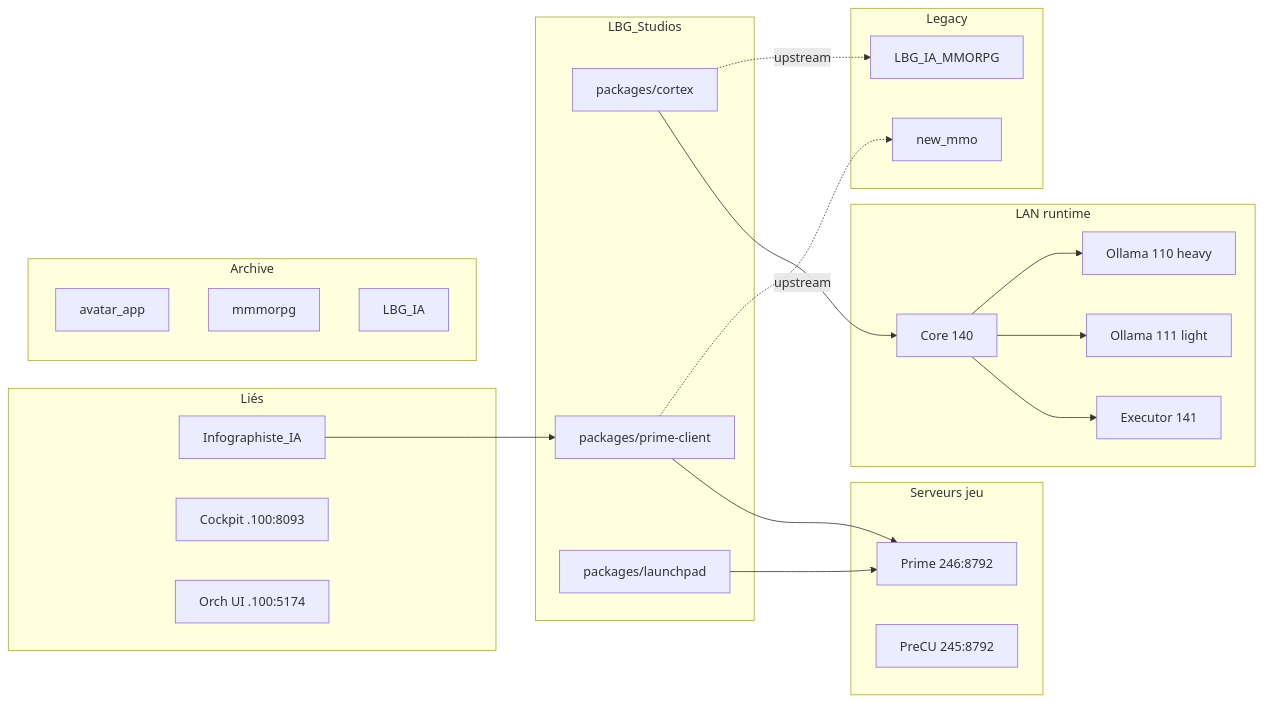
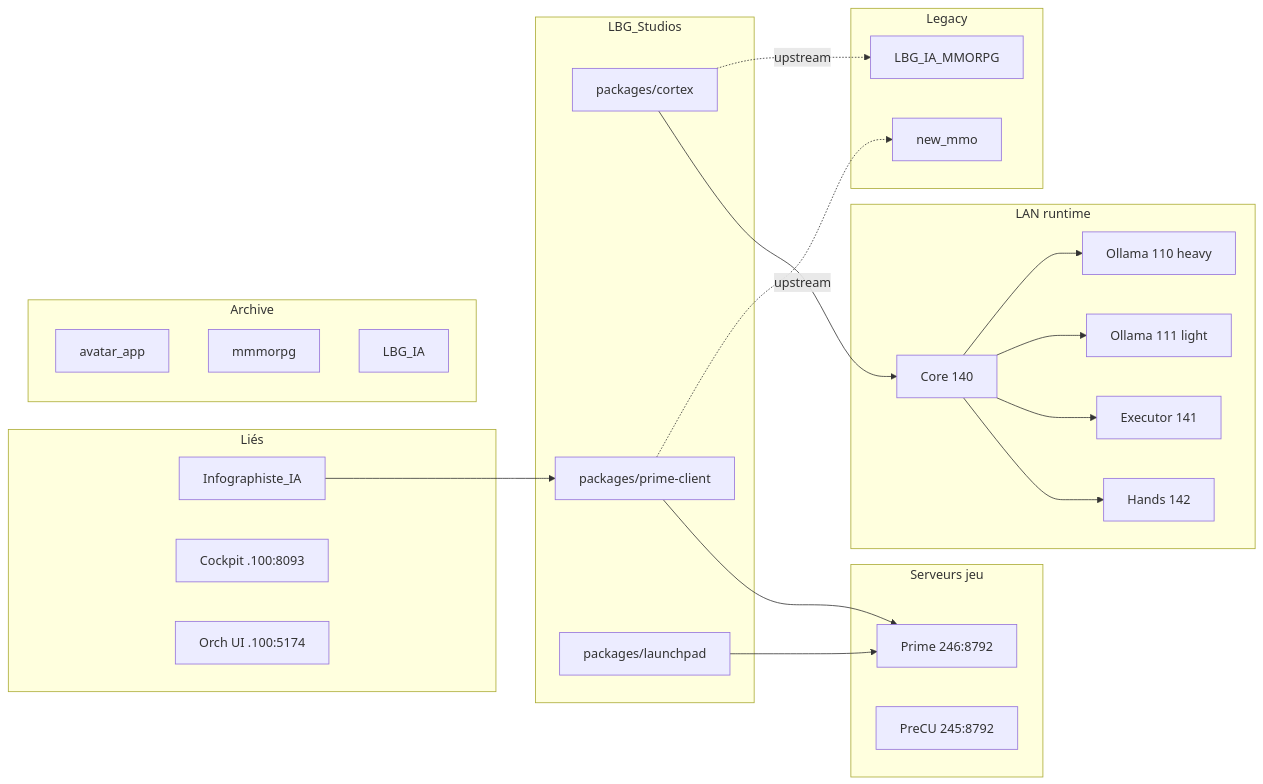
Before and after one commit to Teome0245/LBG_Studios: the diagram in docs/REGISTRE.md, drawn with Mermaid. The commit also changed other lines of this file and 61 other files, not shown here.

````diff
--- a/docs/REGISTRE.md
+++ b/docs/REGISTRE.md
@@ -107,41 +109,43 @@
 ```mermaid
 flowchart LR
   subgraph studios["LBG_Studios"]
     CX["packages/cortex"]
     PC["packages/prime-client"]
     LP["packages/launchpad"]
   end
   subgraph linked["Liés"]
     INFO["Infographiste_IA"]
     CK["Cockpit .100:8093"]
     ORCH["Orch UI .100:5174"]
   end
   subgraph lan["LAN runtime"]
     H110["Ollama 110 heavy"]
     H111["Ollama 111 light"]
     H140["Core 140"]
     H141["Executor 141"]
+    H142["Hands 142"]
   end
   subgraph game["Serveurs jeu"]
     P246["Prime 246:8792"]
     P245["PreCU 245:8792"]
   end
   subgraph arch["Archive"]
     AVA["avatar_app"]
     MMM["mmmorpg"]
     LIA["LBG_IA"]
   end
   subgraph legacy["Legacy"]
     MMO["LBG_IA_MMORPG"]
     NM["new_mmo"]
   end
   INFO --> PC
   CX -.->|"upstream"| MMO
   PC -.->|"upstream"| NM
   CX --> H140
   H140 --> H110
   H140 --> H111
   H140 --> H141
+  H140 --> H142
   LP --> P246
   PC --> P246
 ```
````
